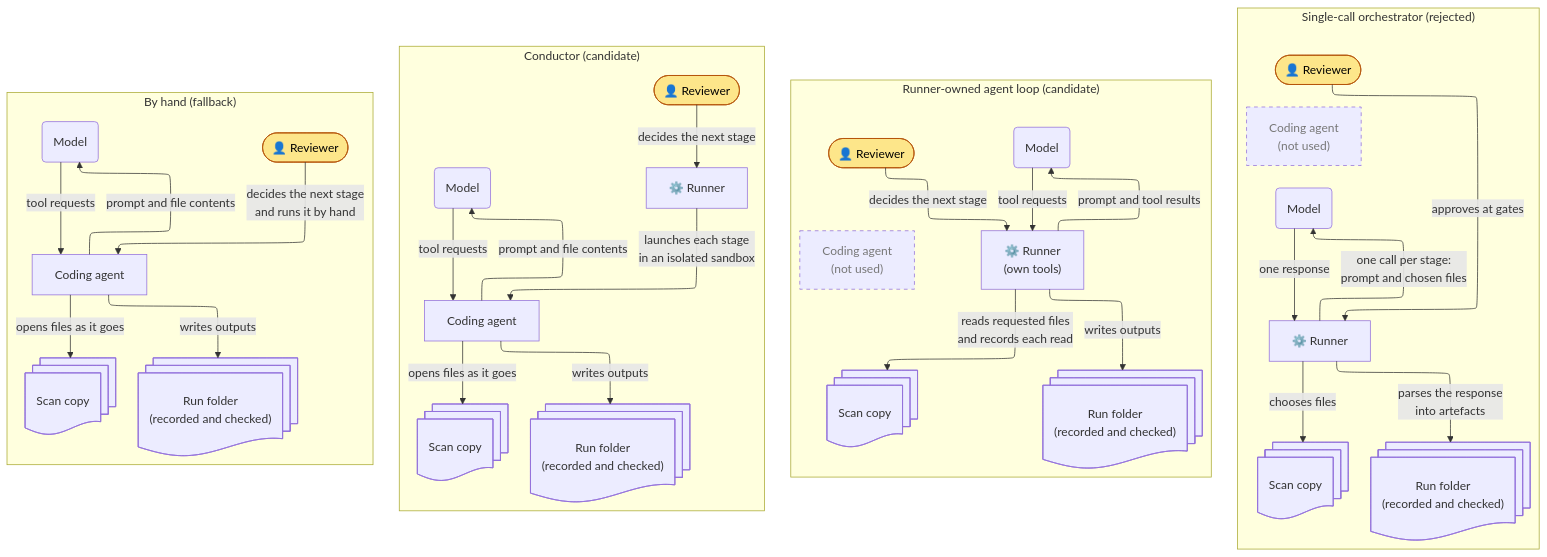
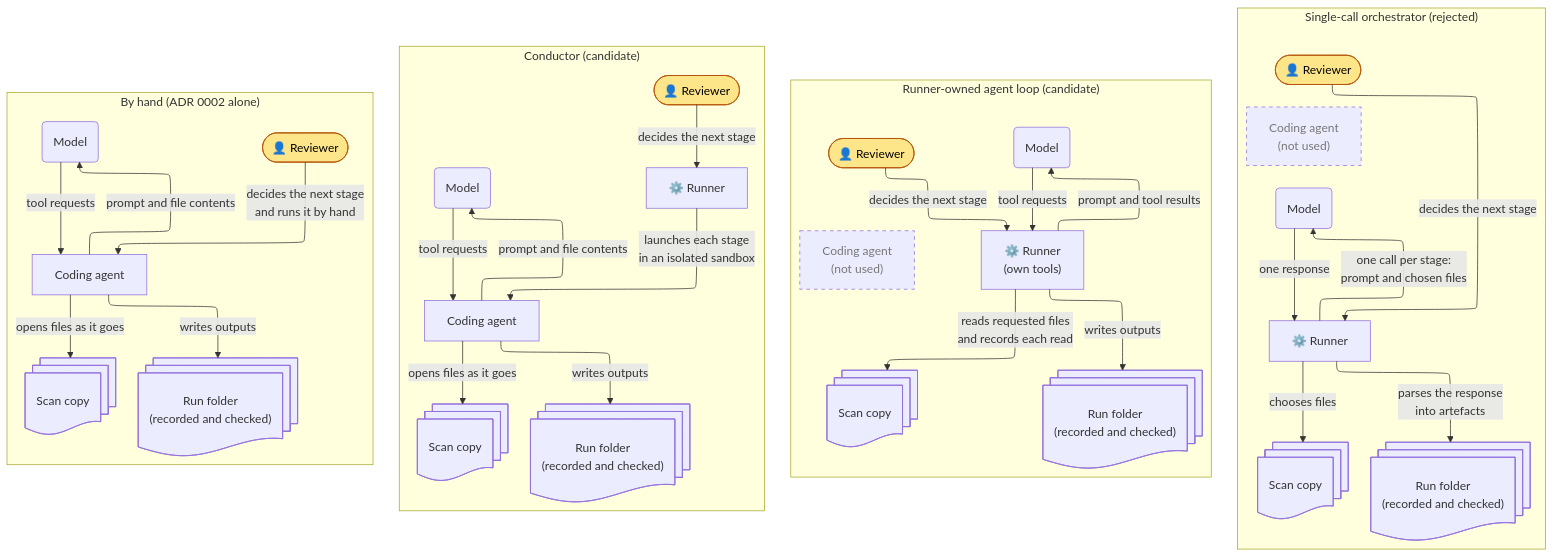
Before and after one commit to sumau/ai-sast-toolkit-runner: the diagram in docs/adr/0003-how-the-runner-runs-each-stage.md, drawn with Mermaid. The commit also changed other lines of this file and 1 other file, not shown here.

First line of the commit message:
ADR 0002 stands alone; ADR 0003 builds on it

````diff
--- a/docs/adr/0003-how-the-runner-runs-each-stage.md
+++ b/docs/adr/0003-how-the-runner-runs-each-stage.md
@@ -45,68 +49,68 @@
 ```mermaid
 ---
 config:
   layout: elk
 ---
 flowchart LR
-    subgraph man ["By hand (fallback)"]
+    subgraph man ["By hand (ADR 0002 alone)"]
         direction TB
         h_scan@{ shape: docs, label: "Scan copy" }
         h_out@{ shape: docs, label: "Run folder<br/>(recorded and checked)" }
         h_rev(["👤 Reviewer"]) -- "decides the next stage<br/>and runs it by hand" --> h_agent["Coding agent"]
         h_agent -- "opens files as it goes" --> h_scan
         h_agent -- "prompt and file contents" --> h_model("Model")
         h_model -- "tool requests" --> h_agent
         h_agent -- "writes outputs" --> h_out
     end
 
     subgraph con ["Conductor (candidate)"]
         direction TB
         c_scan@{ shape: docs, label: "Scan copy" }
         c_out@{ shape: docs, label: "Run folder<br/>(recorded and checked)" }
         c_rev(["👤 Reviewer"]) -- "decides the next stage" --> c_run["⚙️ Runner"]
         c_run -- "launches each stage<br/>in an isolated sandbox" --> c_agent["Coding agent"]
         c_agent -- "opens files as it goes" --> c_scan
         c_agent -- "prompt and file contents" --> c_model("Model")
         c_model -- "tool requests" --> c_agent
         c_agent -- "writes outputs" --> c_out
     end
 
     subgraph own ["Runner-owned agent loop (candidate)"]
         direction TB
         l_rev(["👤 Reviewer"])
         l_scan@{ shape: docs, label: "Scan copy" }
         l_out@{ shape: docs, label: "Run folder<br/>(recorded and checked)" }
         l_rev -- "decides the next stage" --> l_run["⚙️ Runner<br/>(own tools)"]
         l_run -- "prompt and tool results" --> l_model("Model")
         l_model -- "tool requests" --> l_run
         l_run -- "reads requested files<br/>and records each read" --> l_scan
         l_run -- "writes outputs" --> l_out
 
         l_agent["Coding agent<br/>(not used)"]
         l_rev ~~~ l_agent
         l_agent ~~~ l_scan
     end
 
     subgraph orc ["Single-call orchestrator (rejected)"]
         direction TB
         o_rev(["👤 Reviewer"])
         o_scan@{ shape: docs, label: "Scan copy" }
         o_out@{ shape: docs, label: "Run folder<br/>(recorded and checked)" }
-        o_rev -- "approves at gates" --> o_run["⚙️ Runner"]
+        o_rev -- "decides the next stage" --> o_run["⚙️ Runner"]
         o_run -- "chooses files" --> o_scan
         o_run -- "one call per stage:<br/>prompt and chosen files" --> o_model("Model")
         o_model -- "one response" --> o_run
         o_run -- "parses the response<br/>into artefacts" --> o_out
 
         o_agent["Coding agent<br/>(not used)"]
         o_rev ~~~ o_agent
         o_agent ~~~ o_model
     end
 
     man ~~~ con ~~~ own ~~~ orc
 
     classDef unused stroke-dasharray: 5 5, color:#777
     class l_agent,o_agent unused
     classDef reviewer fill:#fde68a, stroke:#b45309, color:#000
     class h_rev,c_rev,l_rev,o_rev reviewer
 ```
````
